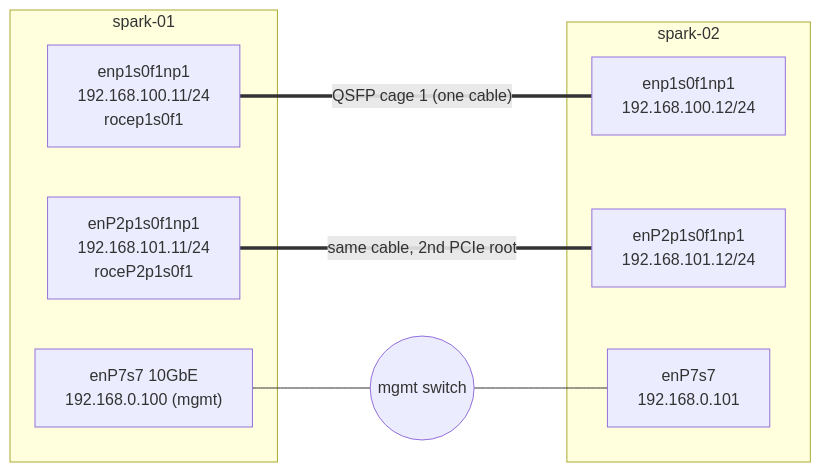
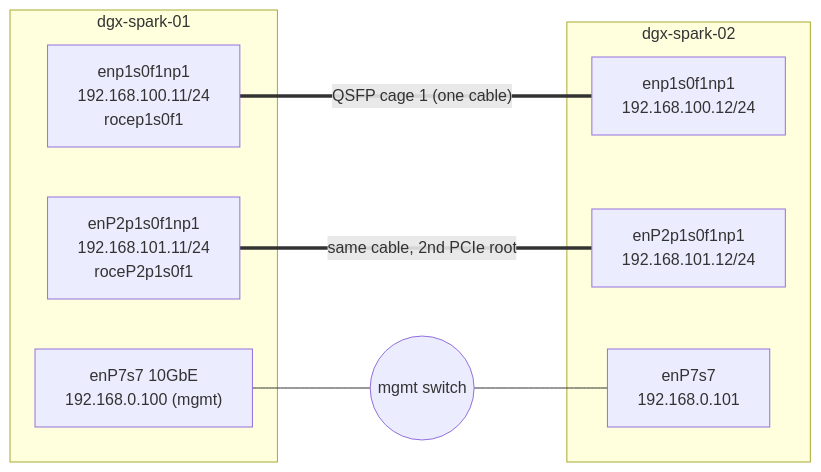
Before and after one commit to cloudone365/technical-depth: the diagram in 01 Ansible/11-infiniband-fabric-automation-and-opensm.md, drawn with Mermaid. The commit also changed other lines of this file and 88 other files, not shown here.

First line of the commit message:
Rename the Spark hosts to dgx-spark-01 / dgx-spark-02

````diff
--- a/01 Ansible/11-infiniband-fabric-automation-and-opensm.md
+++ b/01 Ansible/11-infiniband-fabric-automation-and-opensm.md
@@ -33,16 +33,16 @@
 ```mermaid
 flowchart LR
-  subgraph S1["spark-01"]
+  subgraph S1["dgx-spark-01"]
     A1["enp1s0f1np1<br/>192.168.100.11/24<br/>rocep1s0f1"]
     B1["enP2p1s0f1np1<br/>192.168.101.11/24<br/>roceP2p1s0f1"]
     M1["enP7s7 10GbE<br/>192.168.0.100 (mgmt)"]
   end
-  subgraph S2["spark-02"]
+  subgraph S2["dgx-spark-02"]
     A2["enp1s0f1np1<br/>192.168.100.12/24"]
     B2["enP2p1s0f1np1<br/>192.168.101.12/24"]
     M2["enP7s7<br/>192.168.0.101"]
   end
   A1 === |"QSFP cage 1 (one cable)"| A2
   B1 === |"same cable, 2nd PCIe root"| B2
   M1 --- LAN((mgmt switch)) --- M2
 ```
````
